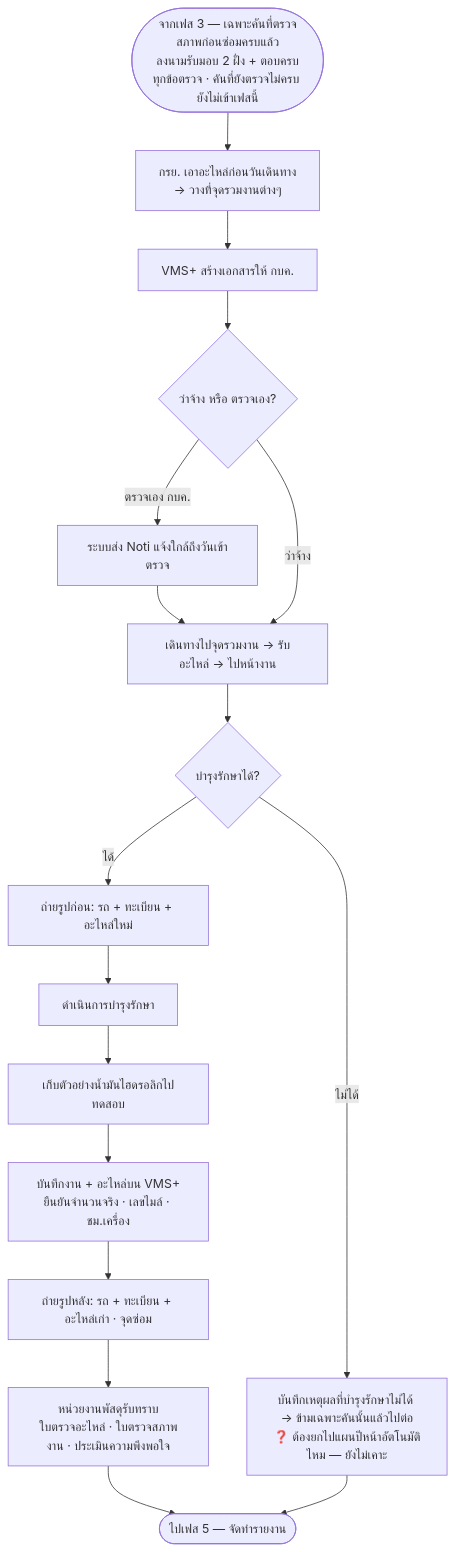
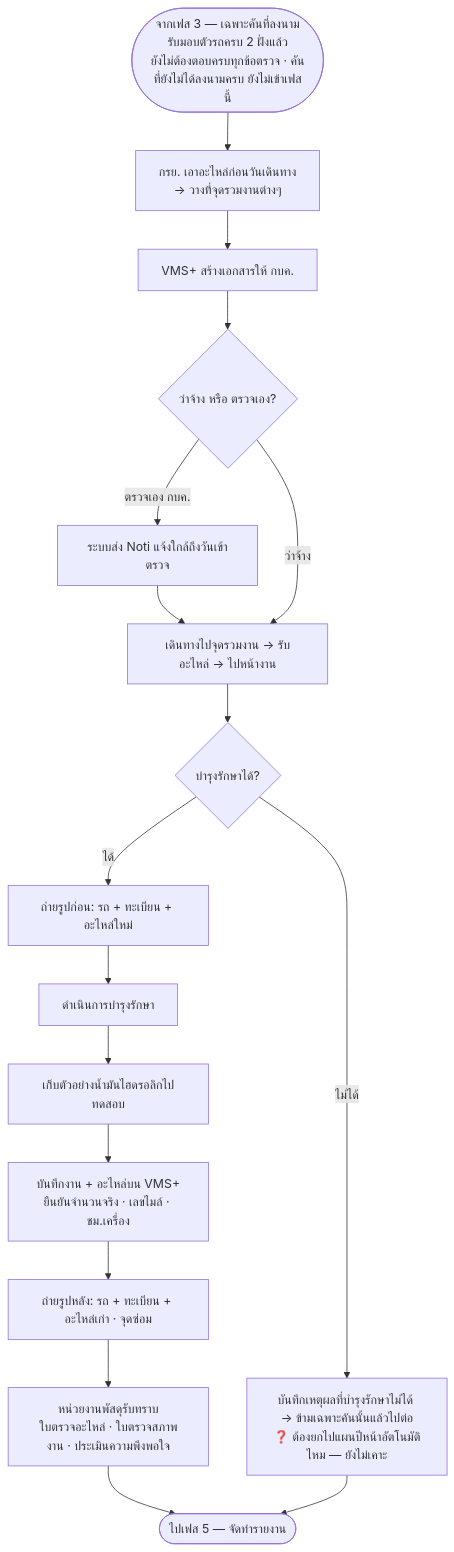
Before and after one commit to anugmail/Maintenance-Request-Form: the diagram in Diagram/01-บำรุงรักษาตามวาระ/03-เฟส2-ดำเนินการบำรุงรักษา.md, drawn with Mermaid. The commit also changed other lines of this file and 3 other files, not shown here.

````diff
--- a/Diagram/01-บำรุงรักษาตามวาระ/03-เฟส2-ดำเนินการบำรุงรักษา.md
+++ b/Diagram/01-บำรุงรักษาตามวาระ/03-เฟส2-ดำเนินการบำรุงรักษา.md
@@ -30,19 +32,19 @@
 ```mermaid
 flowchart TB
-    S([จากเฟส 3 — เฉพาะคันที่ตรวจสภาพก่อนซ่อมครบแล้ว<br/>ลงนามรับมอบ 2 ฝั่ง + ตอบครบทุกข้อตรวจ · คันที่ยังตรวจไม่ครบ ยังไม่เข้าเฟสนี้]) --> P[กรย. เอาอะไหล่ก่อนวันเดินทาง<br/>→ วางที่จุดรวมงานต่างๆ]
+    S([จากเฟส 3 — เฉพาะคันที่ลงนามรับมอบตัวรถครบ 2 ฝั่งแล้ว<br/>ยังไม่ต้องตอบครบทุกข้อตรวจ · คันที่ยังไม่ได้ลงนามครบ ยังไม่เข้าเฟสนี้]) --> P[กรย. เอาอะไหล่ก่อนวันเดินทาง<br/>→ วางที่จุดรวมงานต่างๆ]
     P --> Q[VMS+ สร้างเอกสารให้ กบค.]
     Q --> D{ว่าจ้าง หรือ ตรวจเอง?}
     D -->|ตรวจเอง กบค.| N0[ระบบส่ง Noti แจ้งใกล้ถึงวันเข้าตรวจ]
     N0 --> R[เดินทางไปจุดรวมงาน → รับอะไหล่ → ไปหน้างาน]
     D -->|ว่าจ้าง| R
     R --> DEC{บำรุงรักษาได้?}
     DEC -->|ไม่ได้| X["บันทึกเหตุผลที่บำรุงรักษาไม่ได้ → ข้ามเฉพาะคันนั้นแล้วไปต่อ<br/>❓ ต้องยกไปแผนปีหน้าอัตโนมัติไหม — ยังไม่เคาะ"]
     DEC -->|ได้| C1[ถ่ายรูปก่อน: รถ + ทะเบียน + อะไหล่ใหม่]
     C1 --> C2[ดำเนินการบำรุงรักษา]
     C2 --> C3[เก็บตัวอย่างน้ำมันไฮดรอลิกไปทดสอบ]
     C3 --> C4[บันทึกงาน + อะไหล่บน VMS+<br/>ยืนยันจำนวนจริง · เลขไมล์ · ชม.เครื่อง]
     C4 --> C5[ถ่ายรูปหลัง: รถ + ทะเบียน + อะไหล่เก่า · จุดซ่อม]
     C5 --> C6[หน่วยงานพัสดุรับทราบ<br/>ใบตรวจอะไหล่ · ใบตรวจสภาพงาน · ประเมินความพึงพอใจ]
     C6 --> E([ไปเฟส 5 — จัดทำรายงาน])
     X --> E
 ```
````
